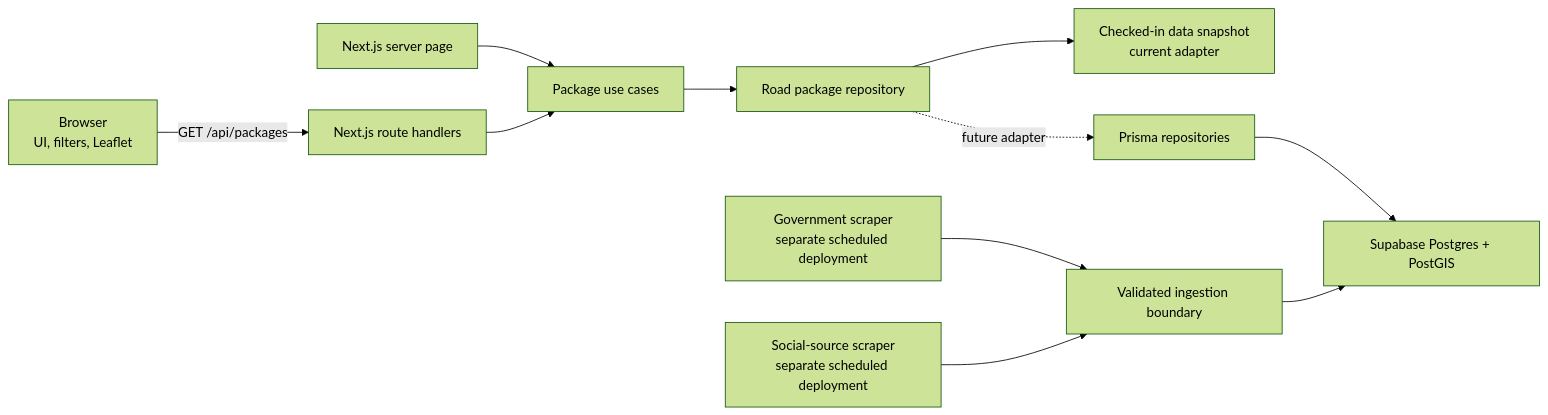
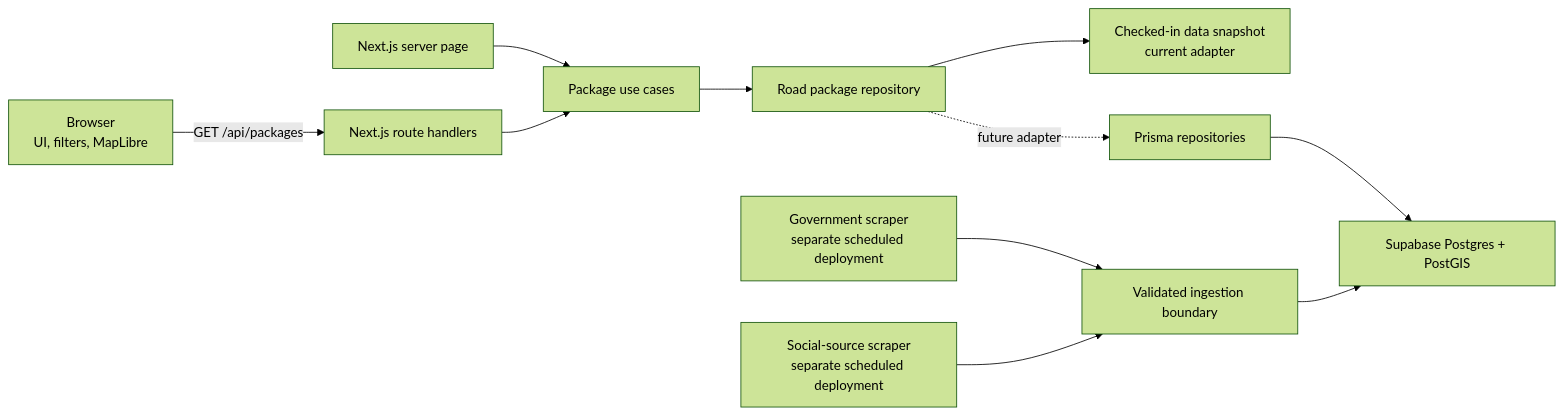
Before and after one commit to repyh/saksi: the diagram in docs/ARCHITECTURE.md, drawn with Mermaid (forest theme). The commit also changed other lines of this file and 15 other files, not shown here.

Commit message:
feat: migrasikan peta ke MapLibre GL JS dan OpenFreeMap Positron

````diff
--- a/docs/ARCHITECTURE.md
+++ b/docs/ARCHITECTURE.md
@@ -18,13 +18,13 @@
 ```mermaid
 flowchart LR
-  Browser["Browser<br/>UI, filters, Leaflet"] -->|"GET /api/packages"| Routes["Next.js route handlers"]
+  Browser["Browser<br/>UI, filters, MapLibre"] -->|"GET /api/packages"| Routes["Next.js route handlers"]
   Page["Next.js server page"] --> UseCases["Package use cases"]
   Routes --> UseCases
   UseCases --> Repository["Road package repository"]
   Repository --> Snapshot["Checked-in data snapshot<br/>current adapter"]
   Repository -. "future adapter" .-> Prisma["Prisma repositories"]
   Prisma --> Postgres["Supabase Postgres + PostGIS"]
   GovWorker["Government scraper<br/>separate scheduled deployment"] --> Ingest["Validated ingestion boundary"]
   SocialWorker["Social-source scraper<br/>separate scheduled deployment"] --> Ingest
   Ingest --> Postgres
 ```
````
